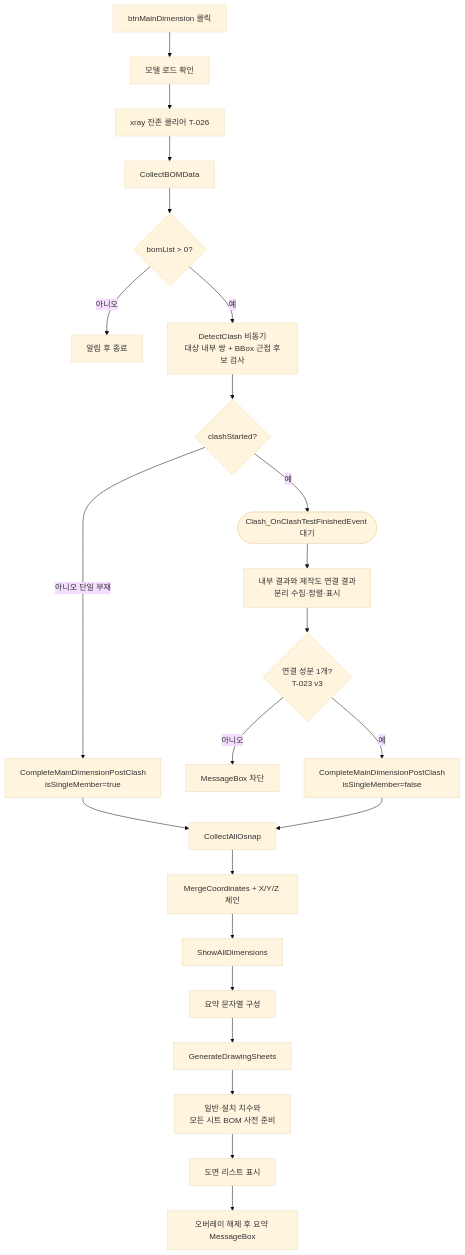
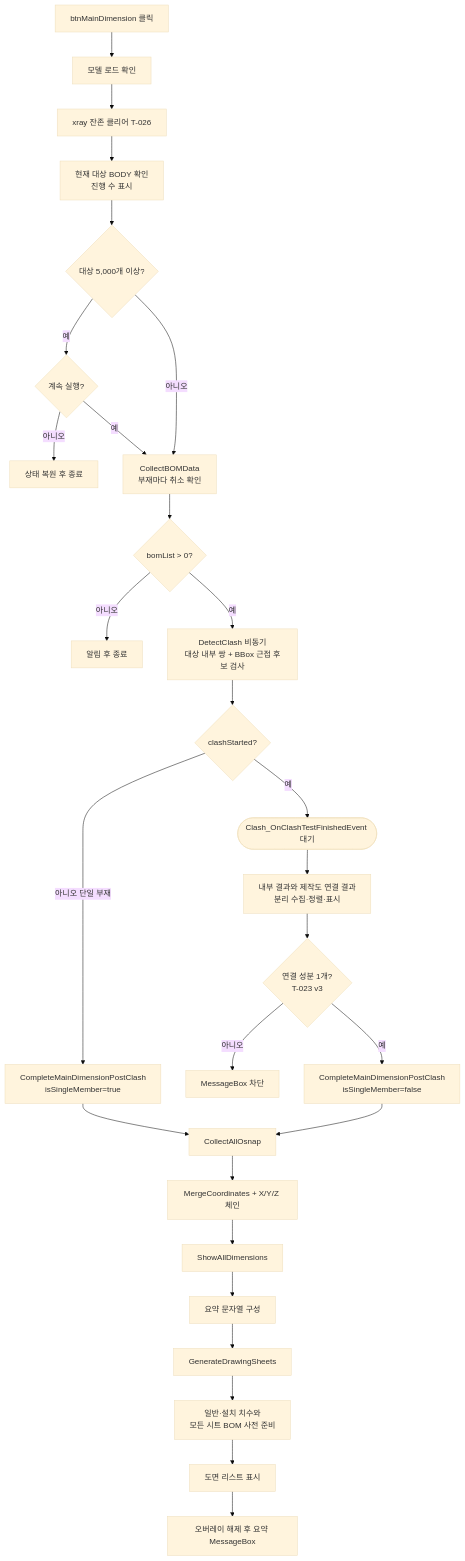
One commit to uuuuj/a2z changed the first of 2 diagrams in docs/기능/BOM/메인 치수 추출.md. Above: the diagram before and after it, drawn with Mermaid (base theme). The commit also changed other lines of this file and 16 other files, not shown here.

````diff
--- a/docs/기능/BOM/메인 치수 추출.md
+++ b/docs/기능/BOM/메인 치수 추출.md
@@ -33,25 +33,30 @@
 ```mermaid
 flowchart TD
     A[btnMainDimension 클릭] --> B[모델 로드 확인]
     B --> B2[xray 잔존 클리어 T-026]
-    B2 --> C[CollectBOMData]
+    B2 --> B3[현재 대상 BODY 확인<br/>진행 수 표시]
+    B3 --> WARN{대상 5,000개 이상?}
+    WARN -- 예 --> ASK{계속 실행?}
+    ASK -- 아니오 --> STOP[상태 복원 후 종료]
+    ASK -- 예 --> C[CollectBOMData<br/>부재마다 취소 확인]
+    WARN -- 아니오 --> C
     C --> D{bomList > 0?}
     D -- 아니오 --> E01[알림 후 종료]
     D -- 예 --> K[DetectClash 비동기<br/>대상 내부 쌍 + BBox 근접 후보 검사]
     K --> K2{clashStarted?}
     K2 -- 아니오 단일 부재 --> POST1[CompleteMainDimensionPostClash<br/>isSingleMember=true]
     K2 -- 예 --> WAIT([Clash_OnClashTestFinishedEvent 대기])
     WAIT --> CLASH[내부 결과와 제작도 연결 결과<br/>분리 수집·정렬·표시]
     CLASH --> CONN{연결 성분 1개?<br/>T-023 v3}
     CONN -- 아니오 --> E03[MessageBox 차단]
     CONN -- 예 --> POST2[CompleteMainDimensionPostClash<br/>isSingleMember=false]
     POST1 --> OS[CollectAllOsnap]
     POST2 --> OS
     OS --> G[MergeCoordinates + X/Y/Z 체인]
     G --> SHOW[ShowAllDimensions]
     SHOW --> SUM[요약 문자열 구성]
     SUM --> GEN[GenerateDrawingSheets]
     GEN --> READY[일반·설치 치수와<br/>모든 시트 BOM 사전 준비]
     READY --> LIST[도면 리스트 표시]
     LIST --> MSG[오버레이 해제 후 요약 MessageBox]
 ```
````
